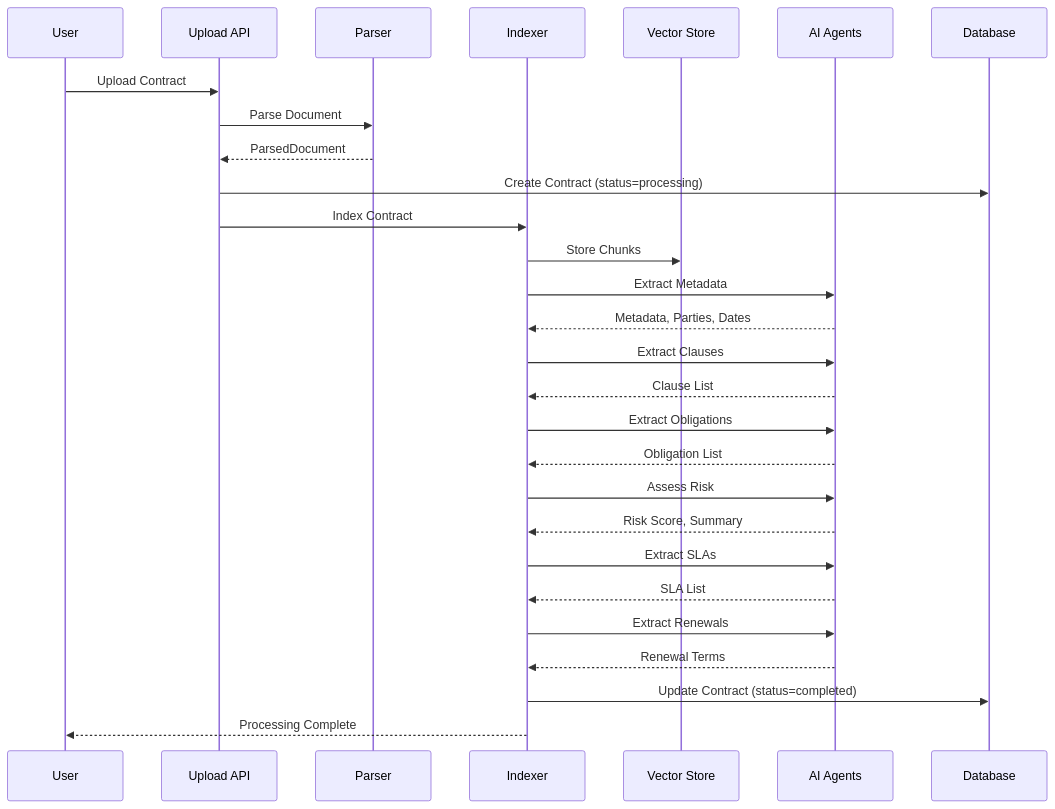
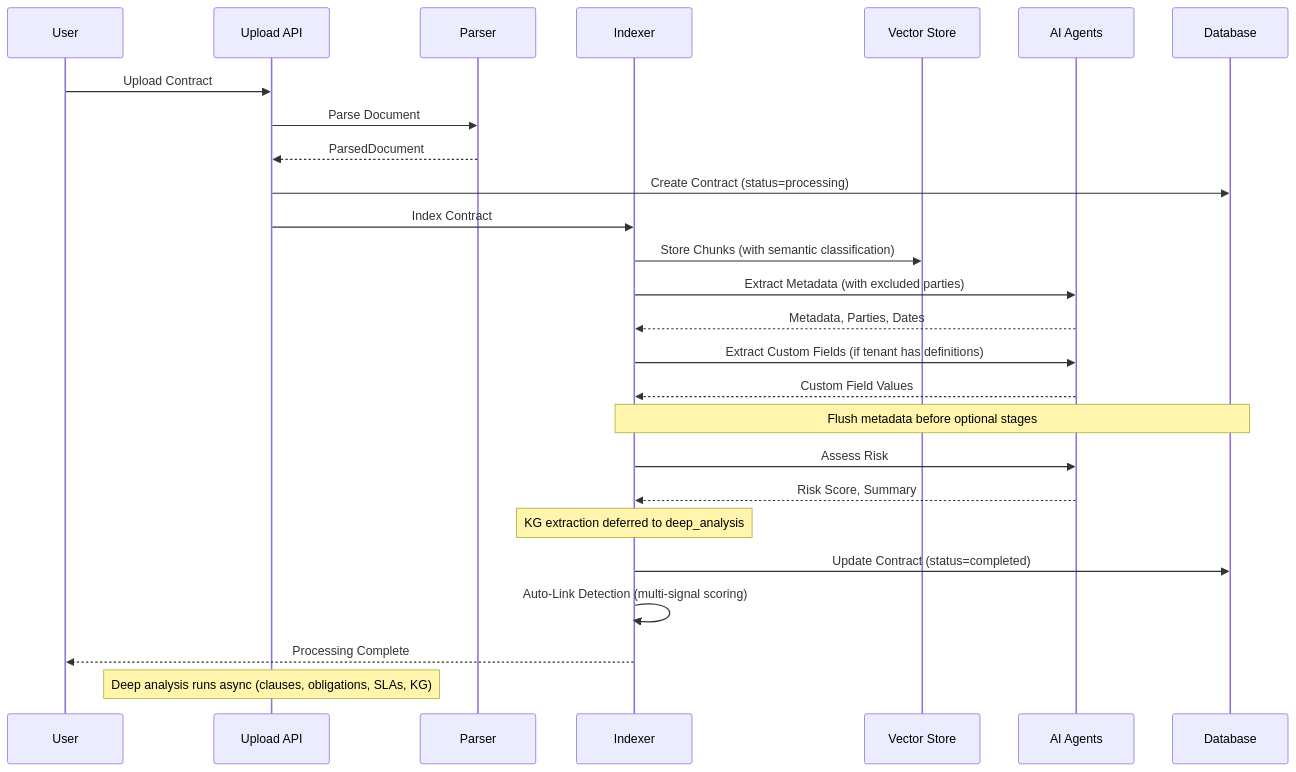
Diagram 31 of 33 in docs/DATA_MODEL.md (jjayarajdev/clm-evaluetor), drawn with Mermaid before and after one commit. The commit also changed other lines of this file and 392 other files, not shown here.

````diff
--- a/docs/DATA_MODEL.md
+++ b/docs/DATA_MODEL.md
@@ -1300,31 +1300,29 @@
 ```mermaid
 sequenceDiagram
     participant U as User
     participant API as Upload API
     participant P as Parser
     participant I as Indexer
     participant VS as Vector Store
     participant AI as AI Agents
     participant DB as Database
 
     U->>API: Upload Contract
     API->>P: Parse Document
     P-->>API: ParsedDocument
     API->>DB: Create Contract (status=processing)
     API->>I: Index Contract
-    I->>VS: Store Chunks
-    I->>AI: Extract Metadata
+    I->>VS: Store Chunks (with semantic classification)
+    I->>AI: Extract Metadata (with excluded parties)
     AI-->>I: Metadata, Parties, Dates
-    I->>AI: Extract Clauses
-    AI-->>I: Clause List
-    I->>AI: Extract Obligations
-    AI-->>I: Obligation List
+    I->>AI: Extract Custom Fields (if tenant has definitions)
+    AI-->>I: Custom Field Values
+    Note over I,DB: Flush metadata before optional stages
     I->>AI: Assess Risk
     AI-->>I: Risk Score, Summary
-    I->>AI: Extract SLAs
-    AI-->>I: SLA List
-    I->>AI: Extract Renewals
-    AI-->>I: Renewal Terms
+    Note over I: KG extraction deferred to deep_analysis
     I->>DB: Update Contract (status=completed)
+    I->>I: Auto-Link Detection (multi-signal scoring)
     I-->>U: Processing Complete
+    Note over API: Deep analysis runs async (clauses, obligations, SLAs, KG)
 ```
````
